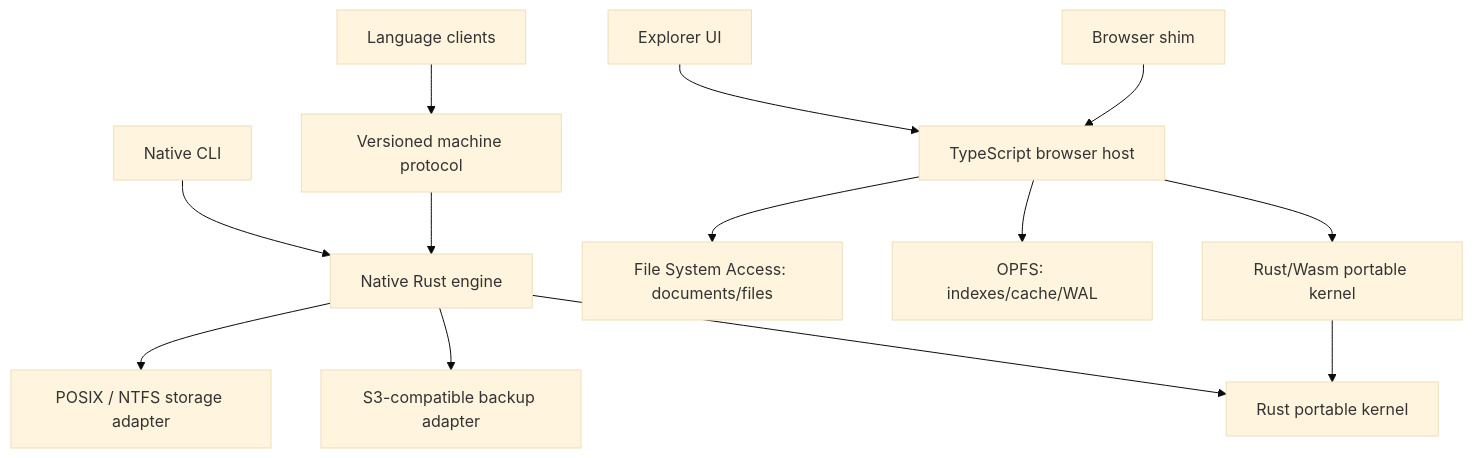
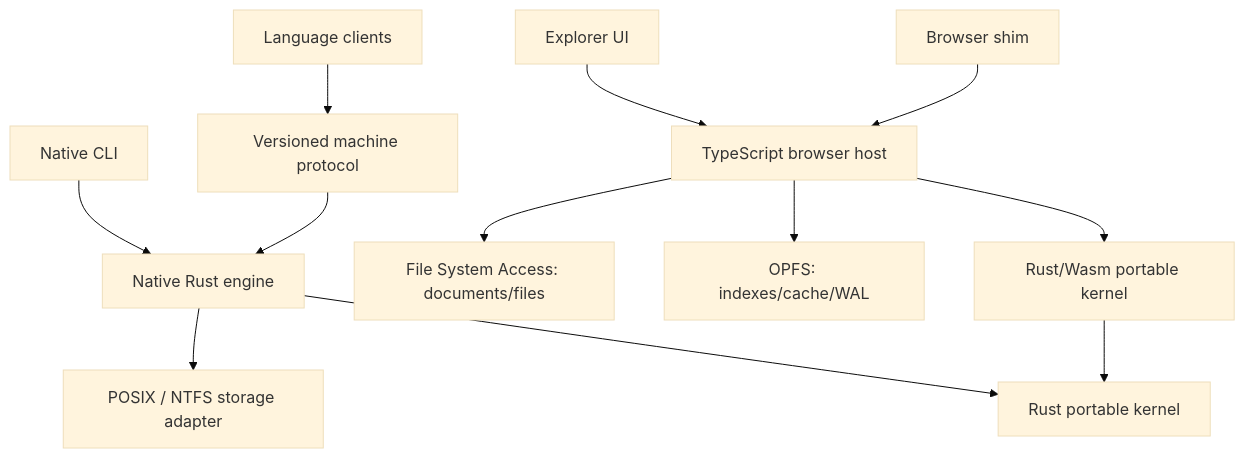
Before and after one commit to Chidelma/Fylo: the diagram in docs/RUST_ENGINE_PROJECT_PLAN.md, drawn with Mermaid (base theme). The commit also changed other lines of this file and 297 other files, not shown here.

````diff
--- a/docs/RUST_ENGINE_PROJECT_PLAN.md
+++ b/docs/RUST_ENGINE_PROJECT_PLAN.md
@@ -158,15 +158,14 @@
 ```mermaid
 flowchart TD
     CLIENTS["Language clients"] --> MACHINE["Versioned machine protocol"]
     CLI["Native CLI"] --> NATIVE["Native Rust engine"]
     MACHINE --> NATIVE
     NATIVE --> FS["POSIX / NTFS storage adapter"]
-    NATIVE --> S3["S3-compatible backup adapter"]
     EXPLORER["Explorer UI"] --> BROWSER["TypeScript browser host"]
     SHIM["Browser shim"] --> BROWSER
     BROWSER --> FSA["File System Access: documents/files"]
     BROWSER --> OPFS["OPFS: indexes/cache/WAL"]
     BROWSER --> WASM["Rust/Wasm portable kernel"]
     NATIVE --> KERNEL["Rust portable kernel"]
     WASM --> KERNEL
 ```
````
